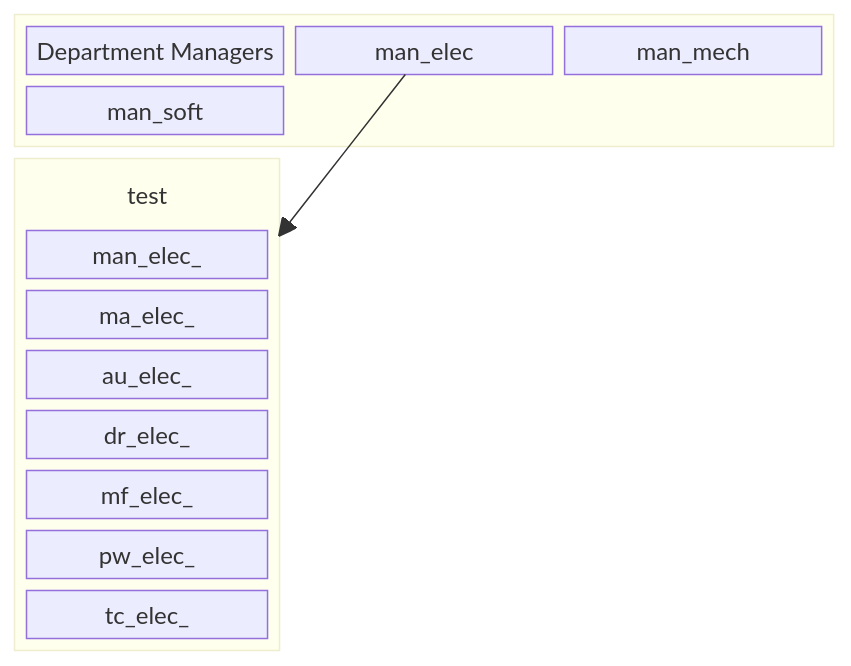
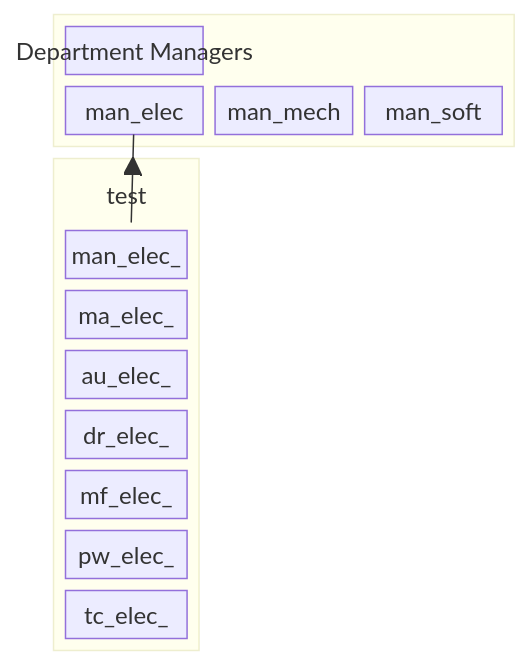
One commit to FooGiGo-Org/.github changed the diagram in README.md. Above: the diagram before and after it, drawn with Mermaid.

Commit message:
Update README to fix syntax for Department Managers

````diff
--- a/README.md
+++ b/README.md
@@ -1,26 +1,26 @@
 ```mermaid
 ---
 title: SCRB Matrix Organization
 ---
 block
     columns 3
     block:test:3
         columns 3
-        man["Department Managers"]
+        man["Department Managers"]:3
         man_elec man_mech man_soft
     end
     block:meme:1
         columns 1
         uct("test")
         man_elec_
         ma_elec_
         au_elec_
         dr_elec_
         mf_elec_
         pw_elec_
         tc_elec_
     end
     man_elec --> meme
 class uct BT
 classDef BT stroke:transparent,fill:transparent
 ```
````
